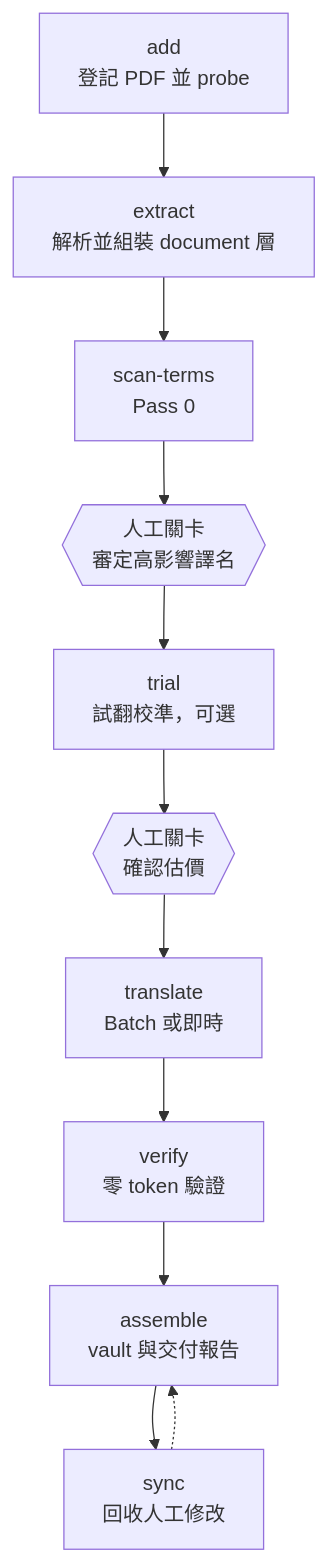
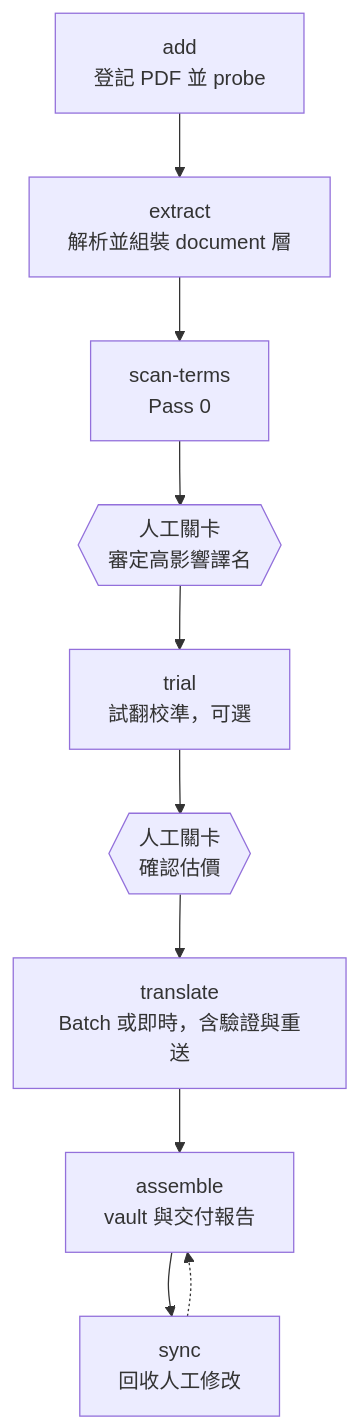
Before and after one commit to tome-trpg/tome: the fourth of 5 diagrams in docs/WHITEPAPER.md, drawn with Mermaid. The commit also changed other lines of this file and 8 other files, not shown here.

````diff
--- a/docs/WHITEPAPER.md
+++ b/docs/WHITEPAPER.md
@@ -640,13 +700,12 @@
 ```mermaid
 flowchart TD
     ADD[add<br/>登記 PDF 並 probe] --> EXTRACT[extract<br/>解析並組裝 document 層]
     EXTRACT --> SCAN[scan-terms<br/>Pass 0]
     SCAN --> REVIEW{{人工關卡<br/>審定高影響譯名}}
     REVIEW --> TRIAL[trial<br/>試翻校準，可選]
     TRIAL --> ESTIMATE{{人工關卡<br/>確認估價}}
-    ESTIMATE --> TRANSLATE[translate<br/>Batch 或即時]
-    TRANSLATE --> VERIFY[verify<br/>零 token 驗證]
-    VERIFY --> ASSEMBLE[assemble<br/>vault 與交付報告]
+    ESTIMATE --> TRANSLATE[translate<br/>Batch 或即時，含驗證與重送]
+    TRANSLATE --> ASSEMBLE[assemble<br/>vault 與交付報告]
     ASSEMBLE --> SYNC[sync<br/>回收人工修改]
     SYNC -.-> ASSEMBLE
 ```
````
